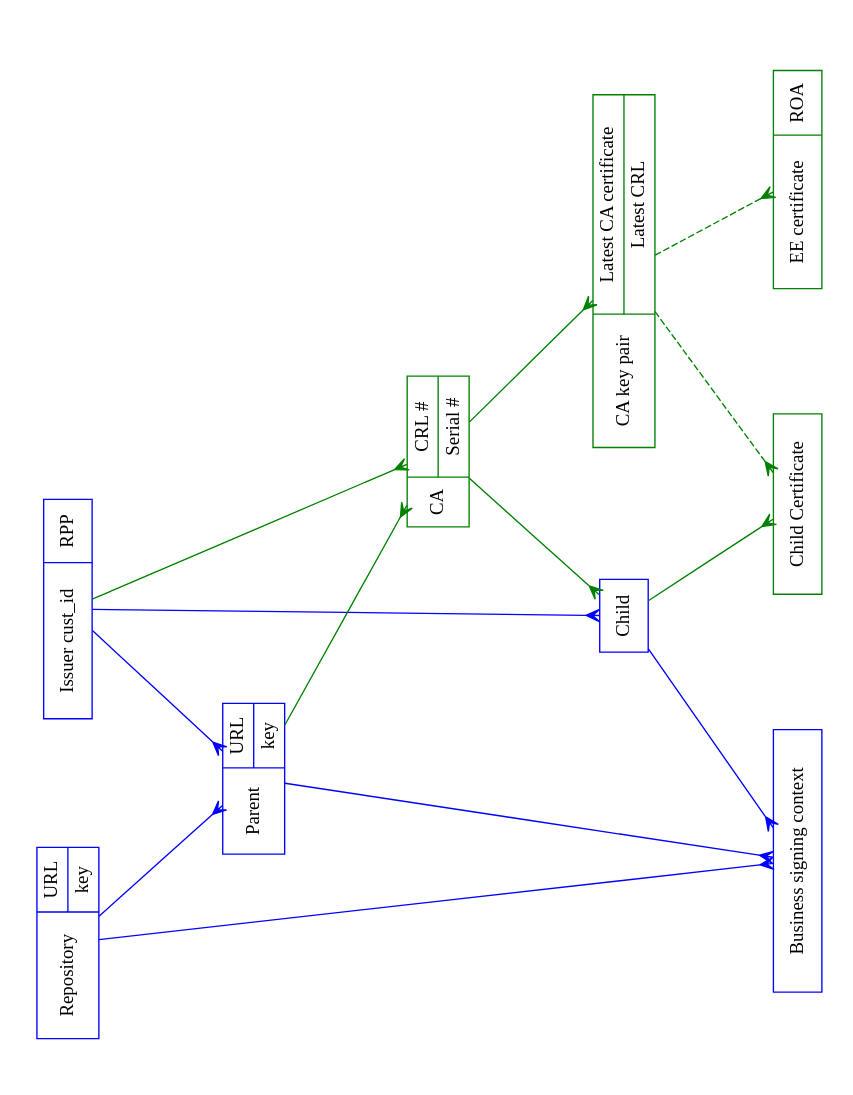
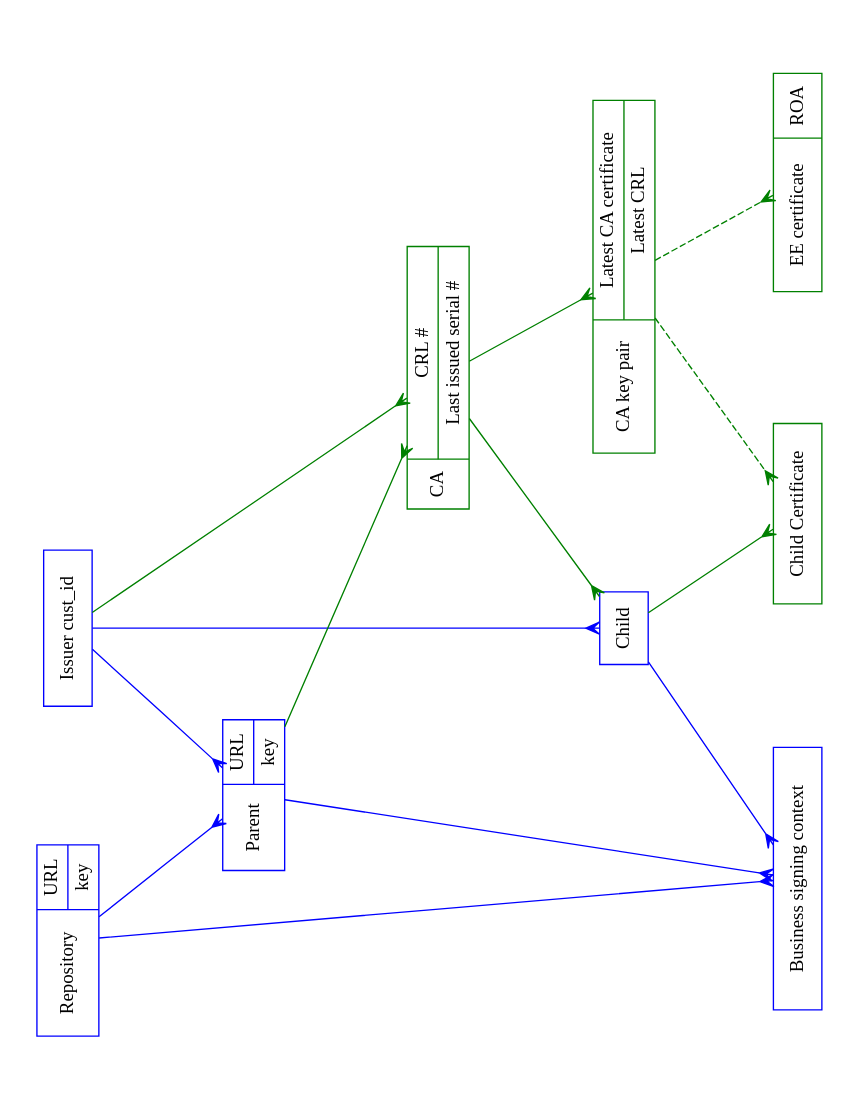
The diagram in docs/whiteboard-object-model.dot (dragonresearch/rpki.net), drawn with Graphviz before and after one commit.

Commit message:
Remove RPP.
svn path=/docs/whiteboard-object-model.dot; revision=548

```diff
--- a/docs/whiteboard-object-model.dot
+++ b/docs/whiteboard-object-model.dot
@@ -1,60 +1,60 @@
 // $Id$
 
 // This is an attempt to capture
 // http://subvert-rpki.hactrn.net/docs/prague-whiteboard-2007-03-22-23:15:01.jpg
 
 // {arrowhead,arrowtail} shapes to use for database object relationships:
 //   1-  none
 //   m-  crow
 // Color code:
 //   Blue:  visible in left-right protocol
 //   Green: created on the fly
 
 digraph gsstsig_systems {
 	rotate=90;	size="11,8.5";	splines=true;	ratio=fill;
 	node		[ shape=record ];
 
 	// Objects visible in left-to-right protocol
 	node		[ color=blue ];
-	issuer		[ label="Issuer cust_id|{RPP}" ];
+	issuer		[ label="Issuer cust_id" ];
 	parent		[ label="Parent|{URL|key}" ];
 	repo		[ label="Repository|{URL|key}" ];
 	child		[ label="Child" ];
 	biz_sign	[ label="Business signing context" ];
 
 	// Objects created on the fly by the RPKI engine
 	node		[ color=green ];
-	ca		[ label="CA|{CRL #|Serial #}" ];
+	ca		[ label="CA|{CRL #|Last issued serial #}" ];
 	child_cert	[ label="Child Certificate" ];
 	ee_cert		[ label="EE certificate|{ROA}" ];
 	ca_key_pair	[ label="CA key pair|{Latest CA certificate|Latest CRL}" ];
 
 	// One-many mappings
 	edge [ color=blue, arrowtail=none, arrowhead=crow ];
 	child -> biz_sign;
 	issuer -> child;
 	issuer -> parent;
 	parent -> biz_sign;
 	repo -> biz_sign;
 	repo -> parent;
 
 	// Many-many mappings
 	edge [ color=green, arrowtail=crow, arrowhead=crow ];
 	ca -> child;
 
 	// One-many mappings
 	edge [ color=green, arrowtail=none, arrowhead=crow ];
 	ca -> ca_key_pair;
 	child -> child_cert;
 	issuer -> ca;
 	parent -> ca;
 
 	// Weird one-many
 	edge [ color=green, arrowtail=none, arrowhead=crow, style=dashed ];
 	ca_key_pair -> child_cert;
 	ca_key_pair -> ee_cert;
 }
 
 // Local Variables:
 // compile-command: "neato -Tps2 whiteboard-object-model.dot | ps2pdf - whiteboard-object-model.pdf"
 // End:
```
